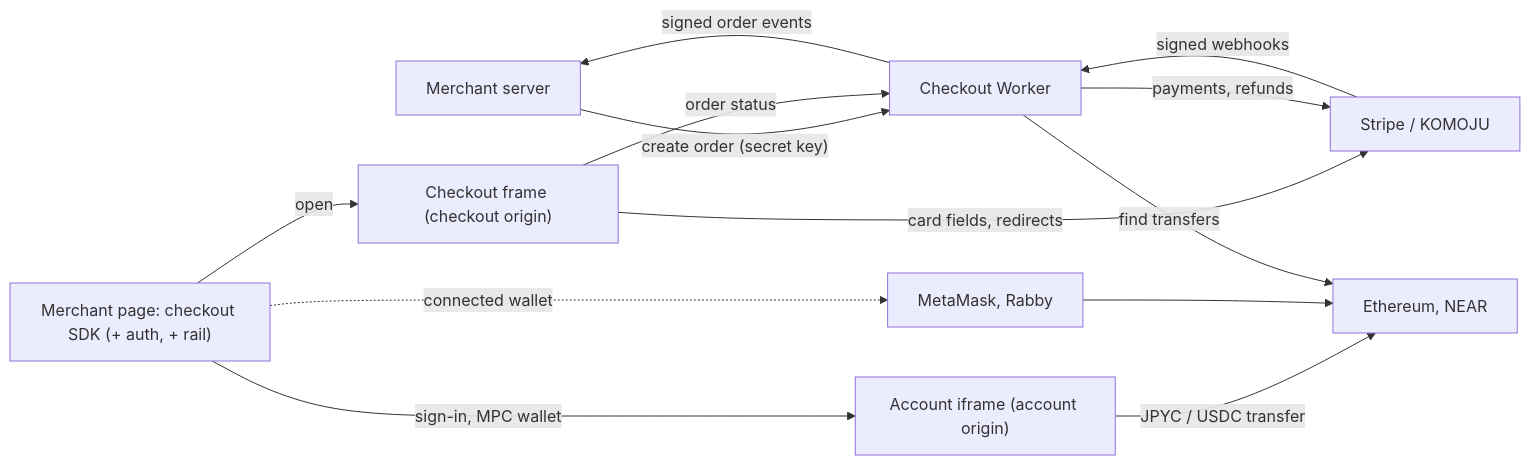
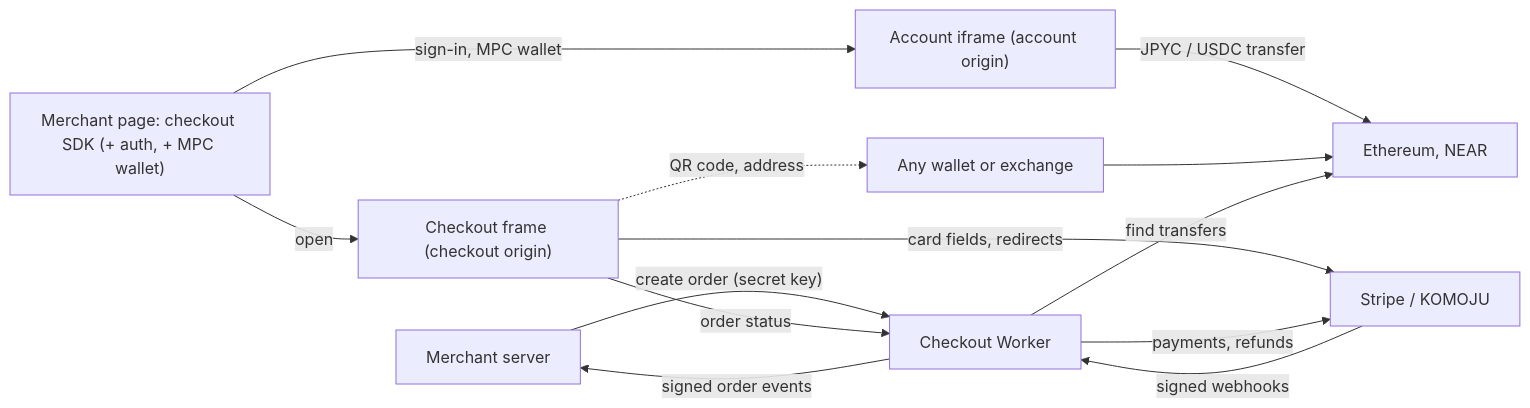
One commit to seams-tech/seams-wallet changed the second of 4 diagrams in docs/refactor-250-seams-checkout.md. Above: the diagram before and after it, drawn with Mermaid. The commit also changed other lines of this file and 1 other file, not shown here.

First line of the commit message:
Plan: stablecoins by QR code and address; defer the wallet connectors package

````diff
--- a/docs/refactor-250-seams-checkout.md
+++ b/docs/refactor-250-seams-checkout.md
@@ -278,15 +293,15 @@
 ```mermaid
 flowchart LR
     MS["Merchant server"] -->|"create order (secret key)"| CW["Checkout Worker"]
-    App["Merchant page: checkout SDK (+ auth, + rail)"] -->|"open"| CF["Checkout frame (checkout origin)"]
+    App["Merchant page: checkout SDK (+ auth, + MPC wallet)"] -->|"open"| CF["Checkout frame (checkout origin)"]
     App -->|"sign-in, MPC wallet"| AI["Account iframe (account origin)"]
-    App -. "connected wallet" .-> EW["MetaMask, Rabby"]
+    CF -. "QR code, address" .-> EW["Any wallet or exchange"]
     CF -->|"card fields, redirects"| PSP["Stripe / KOMOJU"]
     CF -->|"order status"| CW
     AI -->|"JPYC / USDC transfer"| Chain["Ethereum, NEAR"]
     EW --> Chain
     CW -->|"payments, refunds"| PSP
     PSP -->|"signed webhooks"| CW
     CW -->|"find transfers"| Chain
     CW -->|"signed order events"| MS
 ```
````
